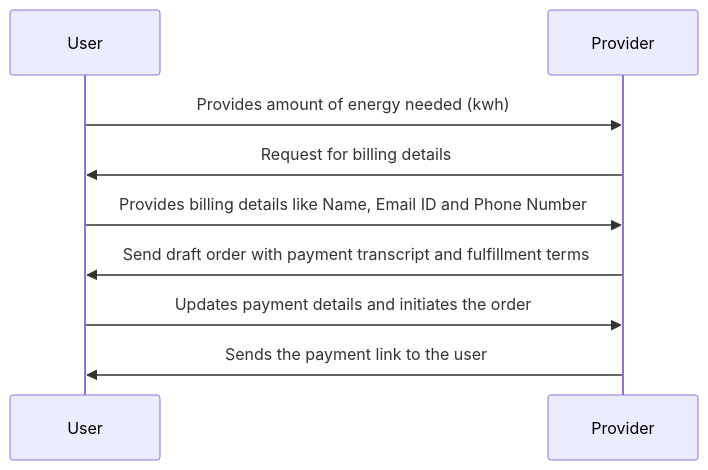
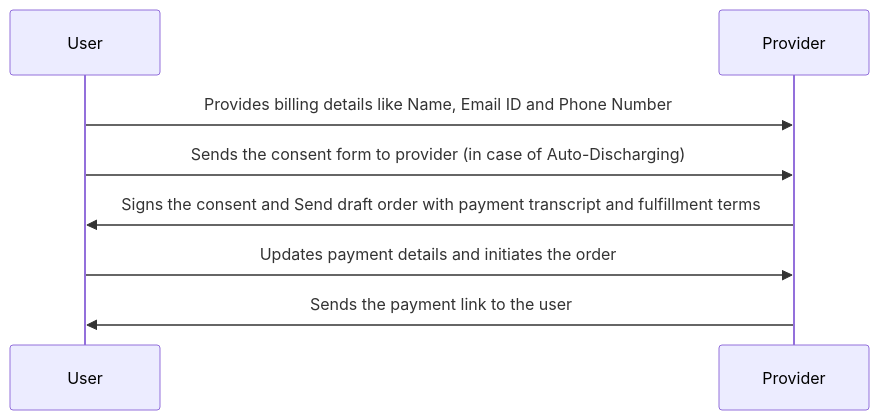
One commit to Sudheesh2609/DENT-Protocol changed the fifth of 8 diagrams in docs/implementation-guides/General_Energy_Transaction_1.md. Above: the diagram before and after it, drawn with Mermaid. The commit also changed other lines of this file, not shown here.

First line of the commit message:
Update General_Energy_Transaction_1.md

````diff
--- a/docs/implementation-guides/General_Energy_Transaction_1.md
+++ b/docs/implementation-guides/General_Energy_Transaction_1.md
@@ -162,9 +171,8 @@
 ```mermaid
     sequenceDiagram
-    User->>Provider: Provides amount of energy needed (kwh)
-    Provider->>User: Request for billing details 
-    User->>Provider: Provides billing details like Name, Email ID and Phone Number 
-    Provider->>User: Send draft order with payment transcript and fulfillment terms
+    User->>Provider: Provides billing details like Name, Email ID and Phone Number
+    User->>Provider: Sends the consent form to provider (in case of Auto-Discharging)
+    Provider->>User: Signs the consent and Send draft order with payment transcript and fulfillment terms
     User->>Provider: Updates payment details and initiates the order
     Provider->>User: Sends the payment link to the user
 ```
````
